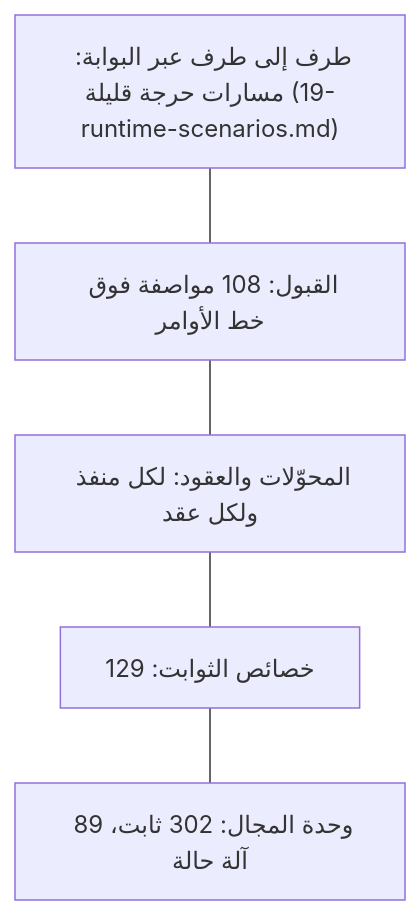
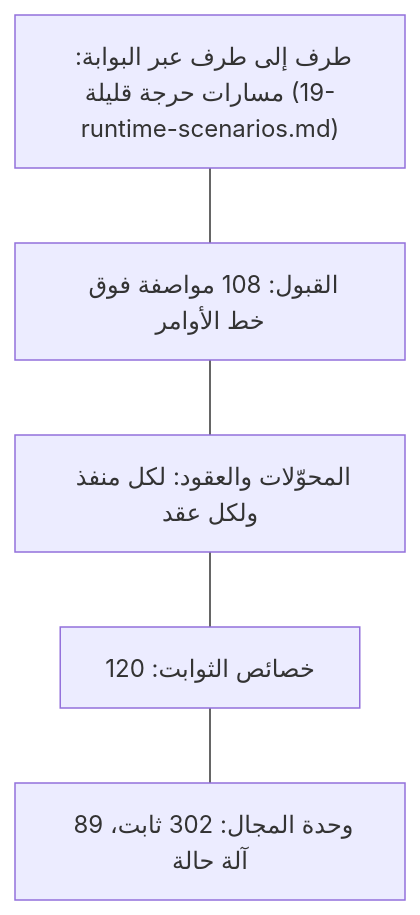
The second of 3 diagrams in spec/18-analysis-design/24-testing-strategy.md (Ayoubkhattab/Planing), drawn with Mermaid before and after one commit. The commit also changed other lines of this file and 6 other files, not shown here.

````diff
--- a/spec/18-analysis-design/24-testing-strategy.md
+++ b/spec/18-analysis-design/24-testing-strategy.md
@@ -63,9 +63,9 @@
 ```mermaid
 flowchart TB
   E2E["طرف إلى طرف عبر البوابة: مسارات حرجة قليلة (19-runtime-scenarios.md)"]
   ACC["القبول: 108 مواصفة فوق خط الأوامر"]
   ADP["المحوّلات والعقود: لكل منفذ ولكل عقد"]
-  PROP["خصائص الثوابت: 129"]
+  PROP["خصائص الثوابت: 120"]
   UNIT["وحدة المجال: 302 ثابت، 89 آلة حالة"]
   E2E --- ACC --- ADP --- PROP --- UNIT
 ```
````
